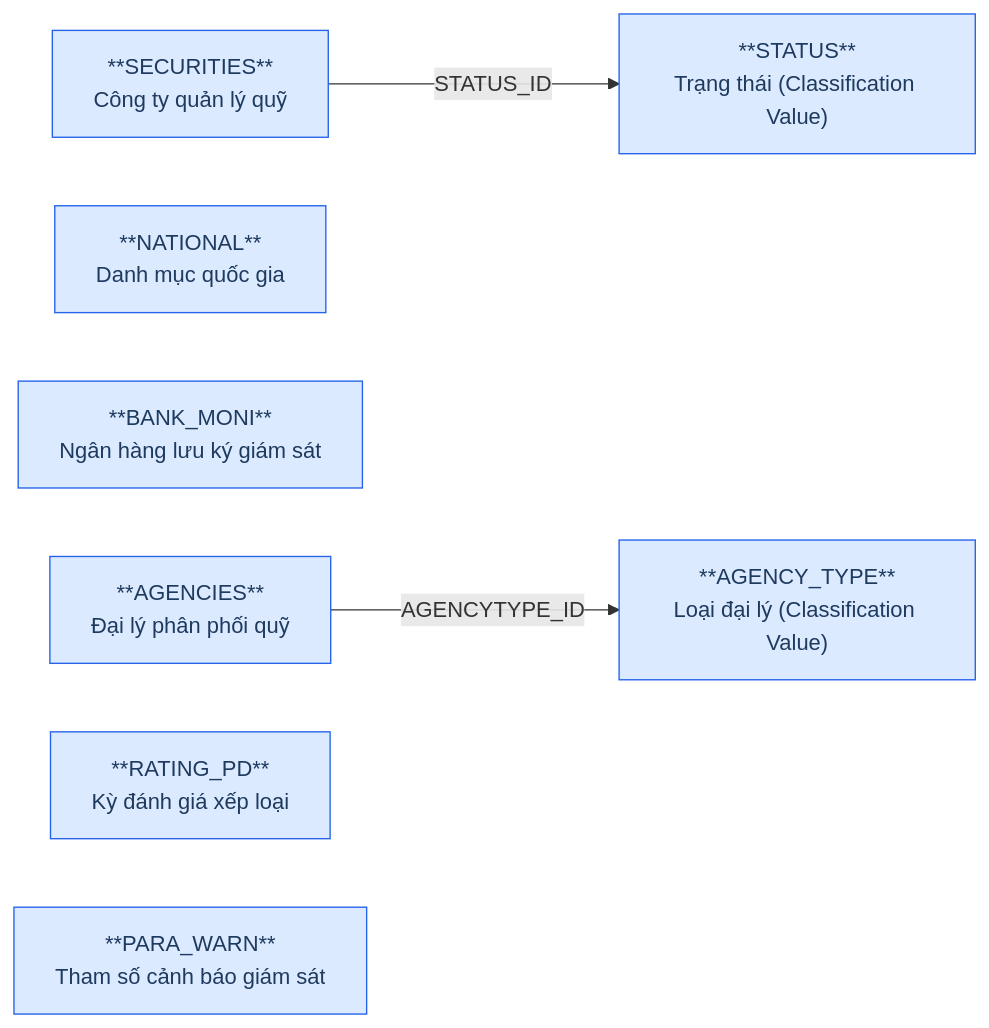
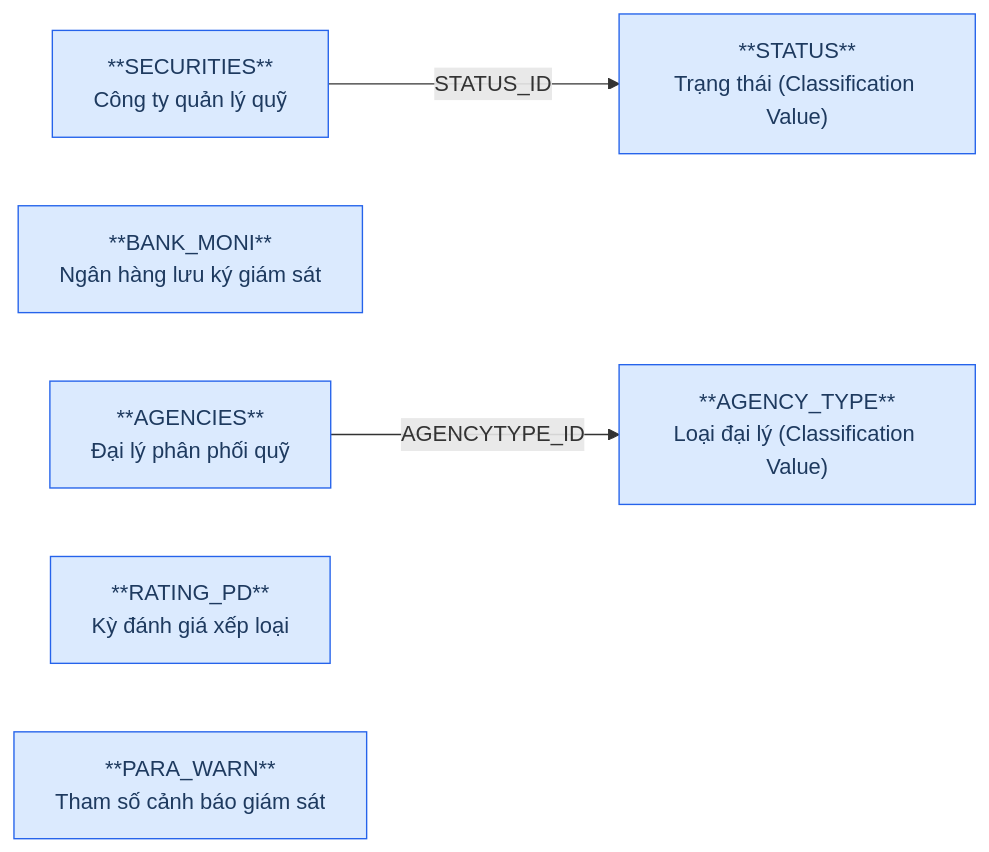
Before and after one commit to linhlvit/ubck_atomic_design: the first of 2 diagrams in DataModel/working/Atomic/hld/FMS_HLD_Tier1.md, drawn with Mermaid. The commit also changed other lines of this file and 110 other files, not shown here.

````diff
--- a/DataModel/working/Atomic/hld/FMS_HLD_Tier1.md
+++ b/DataModel/working/Atomic/hld/FMS_HLD_Tier1.md
@@ -24,16 +28,15 @@
 ```mermaid
 graph LR
     classDef src fill:#dbeafe,stroke:#2563eb,color:#1e3a5f
 
     SECURITIES["**SECURITIES**\nCông ty quản lý quỹ"]:::src
-    NATIONAL["**NATIONAL**\nDanh mục quốc gia"]:::src
     BANK_MONI["**BANK_MONI**\nNgân hàng lưu ký giám sát"]:::src
     AGENCIES["**AGENCIES**\nĐại lý phân phối quỹ"]:::src
     RATING_PD["**RATING_PD**\nKỳ đánh giá xếp loại"]:::src
     PARA_WARN["**PARA_WARN**\nTham số cảnh báo giám sát"]:::src
     AGENCY_TYPE["**AGENCY_TYPE**\nLoại đại lý (Classification Value)"]:::src
     STATUS["**STATUS**\nTrạng thái (Classification Value)"]:::src
 
     AGENCIES -->|"AGENCYTYPE_ID"| AGENCY_TYPE
     SECURITIES -->|"STATUS_ID"| STATUS
 ```
````
